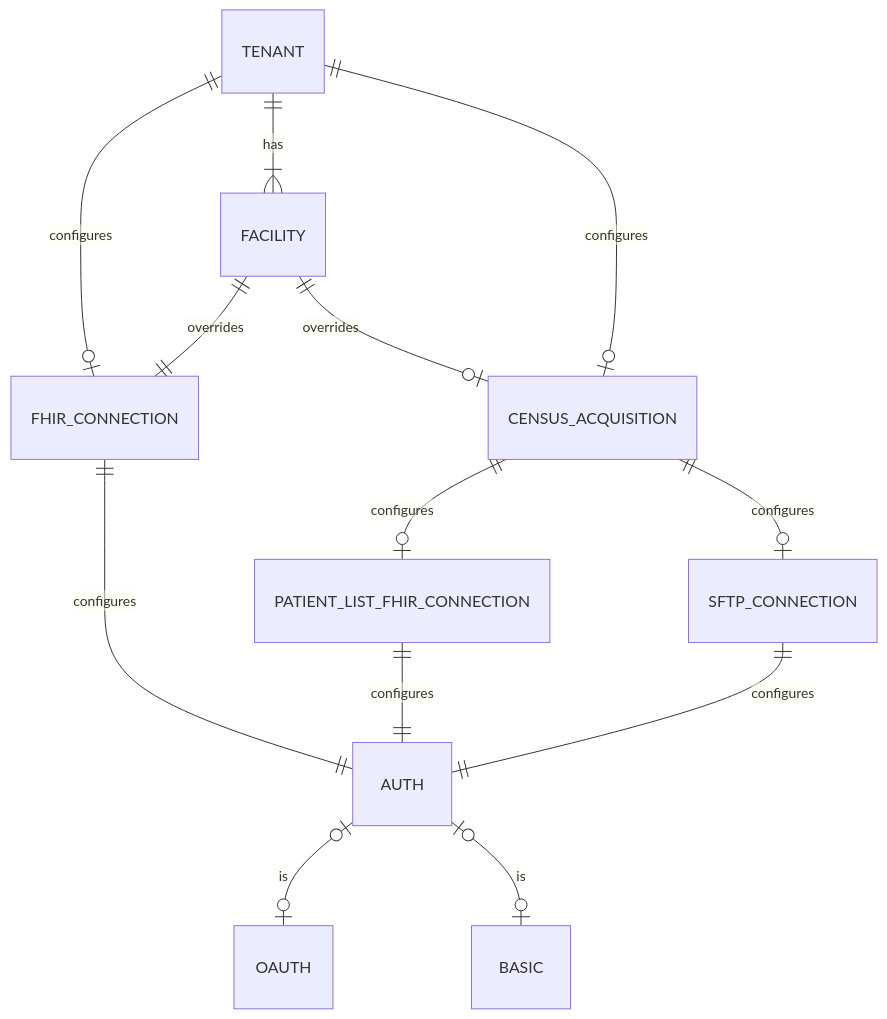
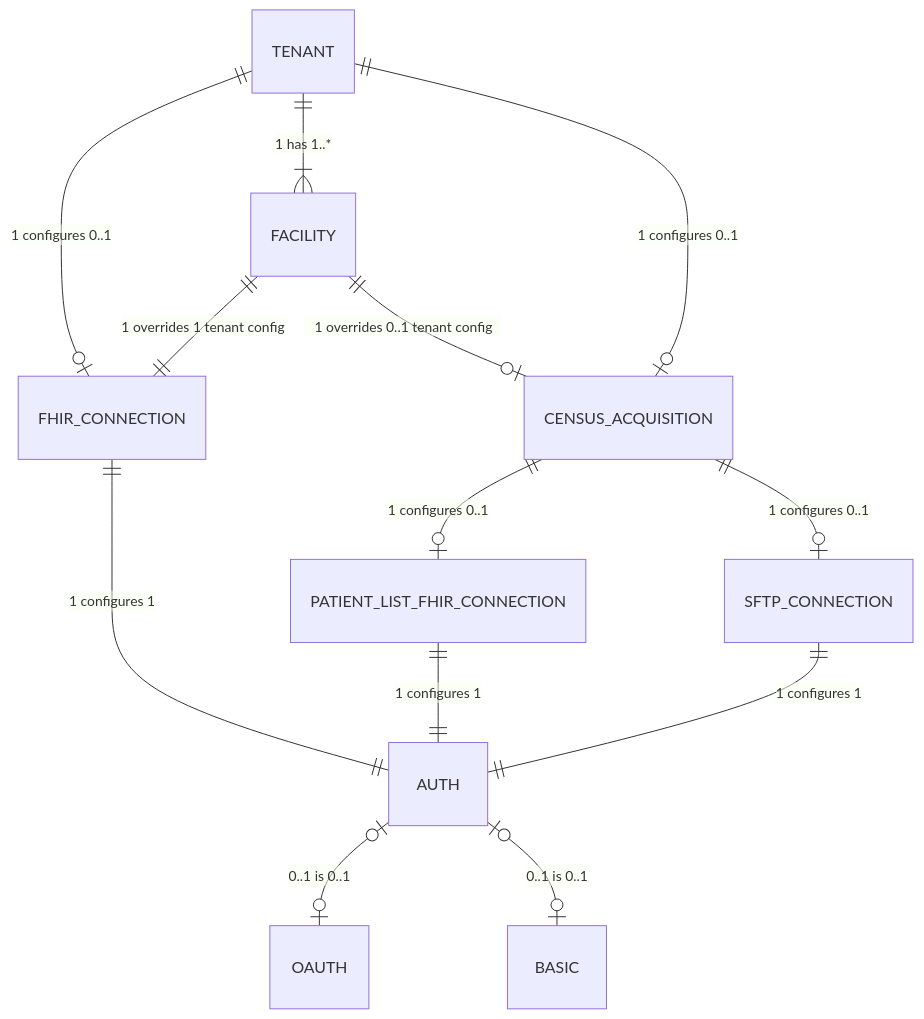
Before and after one commit to lantanagroup/link-cloud: the fifth of 9 diagrams in docs/docs/proposals/tenant-multi-facility-proposal.mdx, drawn with Mermaid. The commit also changed other lines of this file, not shown here.

Commit message:
Updated ERD relationship labels

````diff
--- a/docs/docs/proposals/tenant-multi-facility-proposal.mdx
+++ b/docs/docs/proposals/tenant-multi-facility-proposal.mdx
@@ -231,18 +231,18 @@
 ```mermaid
 
 erDiagram
 	direction TB
-	TENANT||--o|FHIR_CONNECTION:"configures"
-	TENANT||--|{FACILITY:"has"
-	FACILITY||--||FHIR_CONNECTION:"overrides"
-	TENANT||--o|CENSUS_ACQUISITION:"configures"
-	FACILITY||--o|CENSUS_ACQUISITION:"overrides"
-	CENSUS_ACQUISITION||--o|PATIENT_LIST_FHIR_CONNECTION:"configures"
-	CENSUS_ACQUISITION||--o|SFTP_CONNECTION:"configures"
-	PATIENT_LIST_FHIR_CONNECTION||--||AUTH:"configures"
-	FHIR_CONNECTION||--||AUTH:"configures"
-	SFTP_CONNECTION||--||AUTH:"configures"
-	AUTH|o--o|OAUTH:"is"
-	AUTH|o--o|BASIC:"is"
+	TENANT||--o|FHIR_CONNECTION:"1 configures 0..1"
+	TENANT||--|{FACILITY:"1 has 1..*"
+	FACILITY||--||FHIR_CONNECTION:"1 overrides 1 tenant config"
+	TENANT||--o|CENSUS_ACQUISITION:"1 configures 0..1"
+	FACILITY||--o|CENSUS_ACQUISITION:"1 overrides 0..1 tenant config"
+	CENSUS_ACQUISITION||--o|PATIENT_LIST_FHIR_CONNECTION:"1 configures 0..1"
+	CENSUS_ACQUISITION||--o|SFTP_CONNECTION:"1 configures 0..1"
+	PATIENT_LIST_FHIR_CONNECTION||--||AUTH:"1 configures 1"
+	FHIR_CONNECTION||--||AUTH:"1 configures 1"
+	SFTP_CONNECTION||--||AUTH:"1 configures 1"
+	AUTH|o--o|OAUTH:"0..1 is 0..1"
+	AUTH|o--o|BASIC:"0..1 is 0..1"
 
 ```
````
